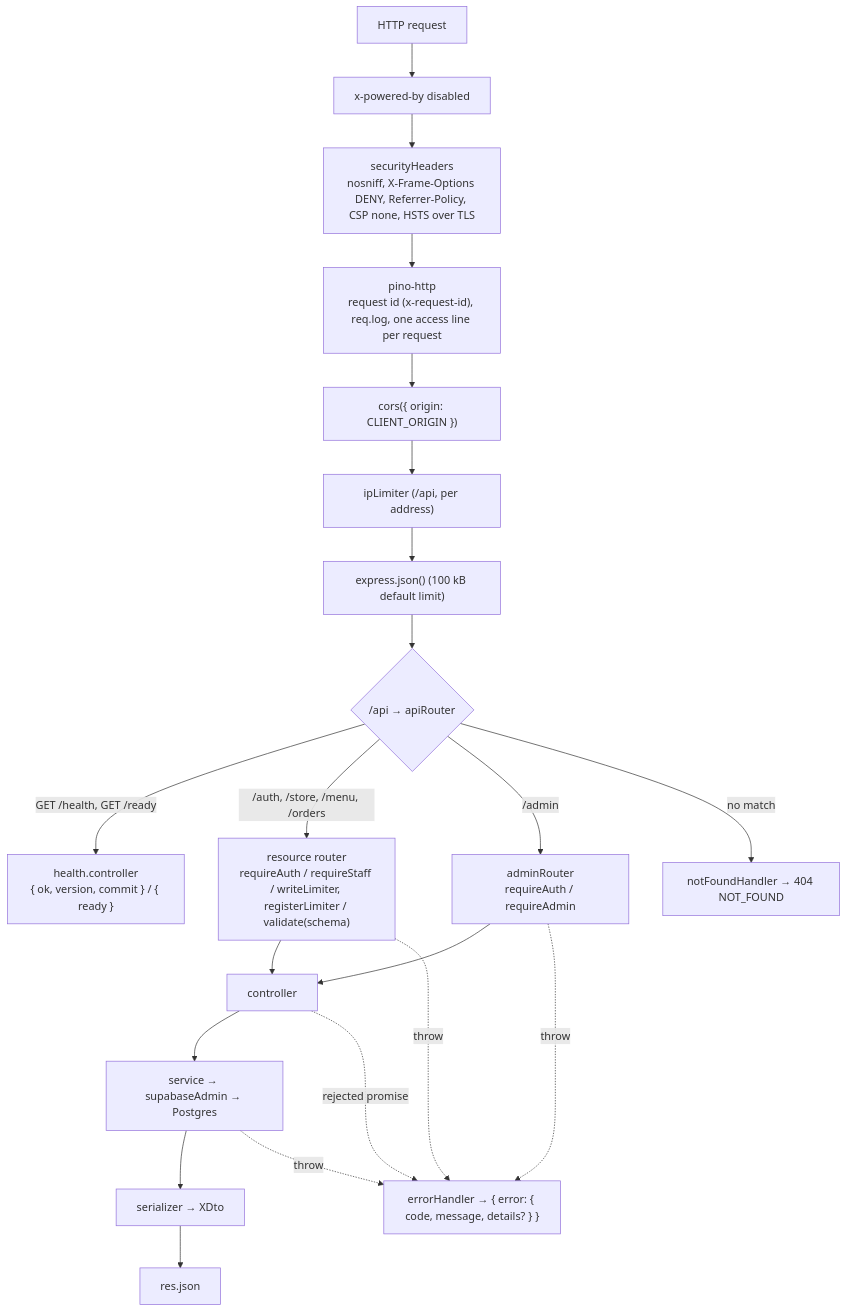
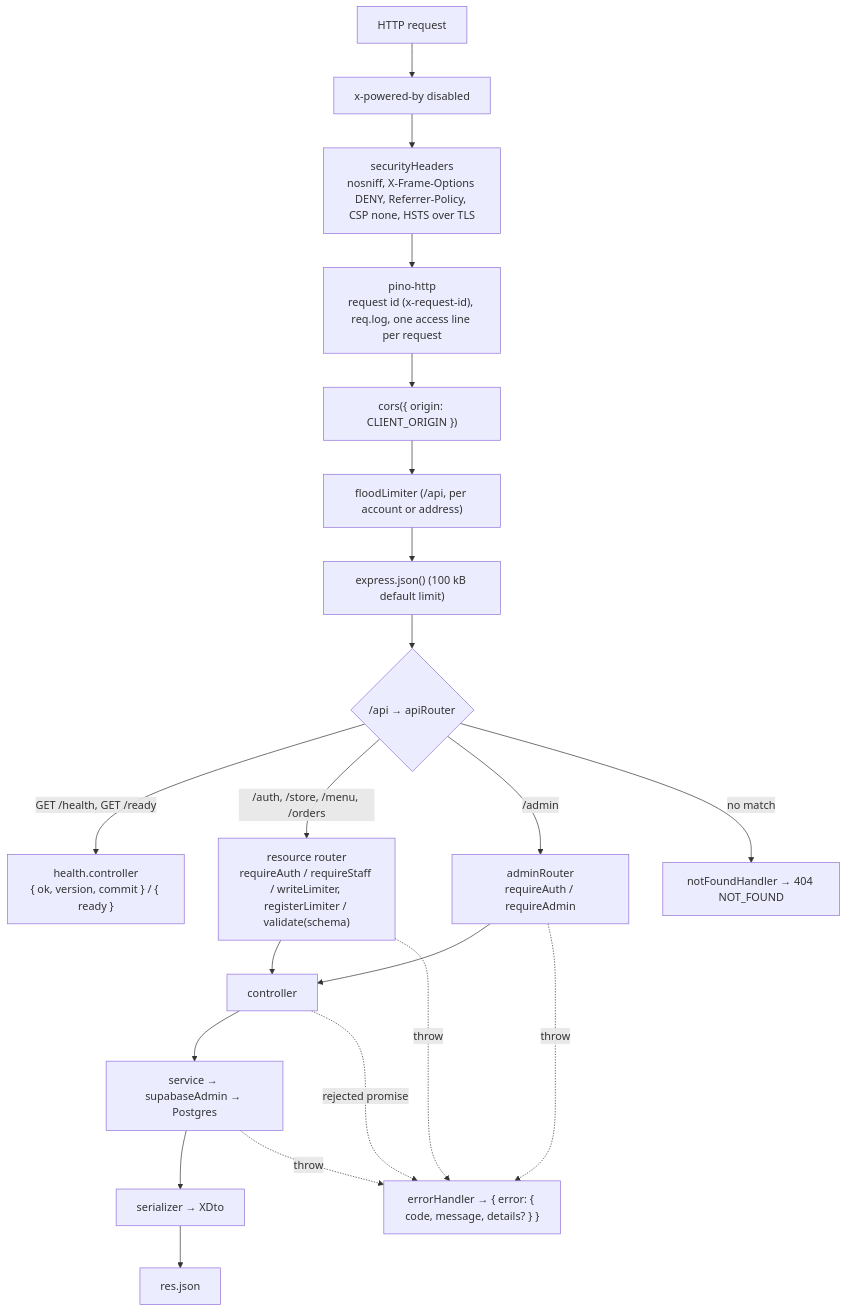
Before and after one commit to The-KhaNha/KhaNha: the diagram in docs/BACKEND_STRUCTURE.md, drawn with Mermaid. The commit also changed other lines of this file and 12 other files, not shown here.

````diff
--- a/docs/BACKEND_STRUCTURE.md
+++ b/docs/BACKEND_STRUCTURE.md
@@ -50,21 +50,21 @@
 ```mermaid
 flowchart TD
   Req["HTTP request"] --> XPB["x-powered-by disabled"]
   XPB --> Sec["securityHeaders<br/>nosniff, X-Frame-Options DENY, Referrer-Policy, CSP none, HSTS over TLS"]
   Sec --> Pino["pino-http<br/>request id (x-request-id), req.log, one access line per request"]
   Pino --> Cors["cors({ origin: CLIENT_ORIGIN })"]
-  Cors --> IpL["ipLimiter (/api, per address)"]
+  Cors --> IpL["floodLimiter (/api, per account or address)"]
   IpL --> Json["express.json() (100 kB default limit)"]
   Json --> Api{"/api → apiRouter"}
   Api -->|"GET /health, GET /ready"| Health["health.controller<br/>{ ok, version, commit } / { ready }"]
   Api -->|"/auth, /store, /menu, /orders"| Router["resource router<br/>requireAuth / requireStaff / writeLimiter, registerLimiter / validate(schema)"]
   Api -->|"/admin"| AdminR["adminRouter<br/>requireAuth / requireAdmin"]
   Router --> Ctl["controller"] --> Svc["service → supabaseAdmin → Postgres"]
   AdminR --> Ctl
   Svc --> Ser["serializer → XDto"] --> Res["res.json"]
   Api -->|"no match"| NF["notFoundHandler → 404 NOT_FOUND"]
   Router -. "throw" .-> EH["errorHandler → { error: { code, message, details? } }"]
   AdminR -. "throw" .-> EH
   Ctl -. "rejected promise" .-> EH
   Svc -. "throw" .-> EH
 ```
````
